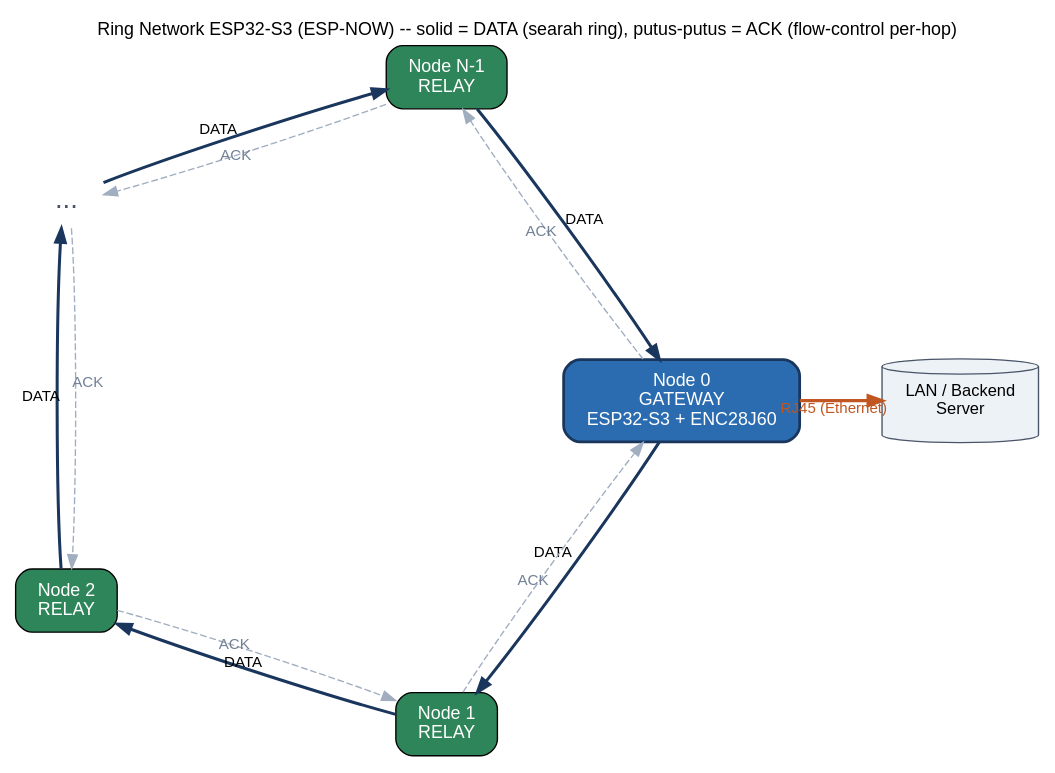
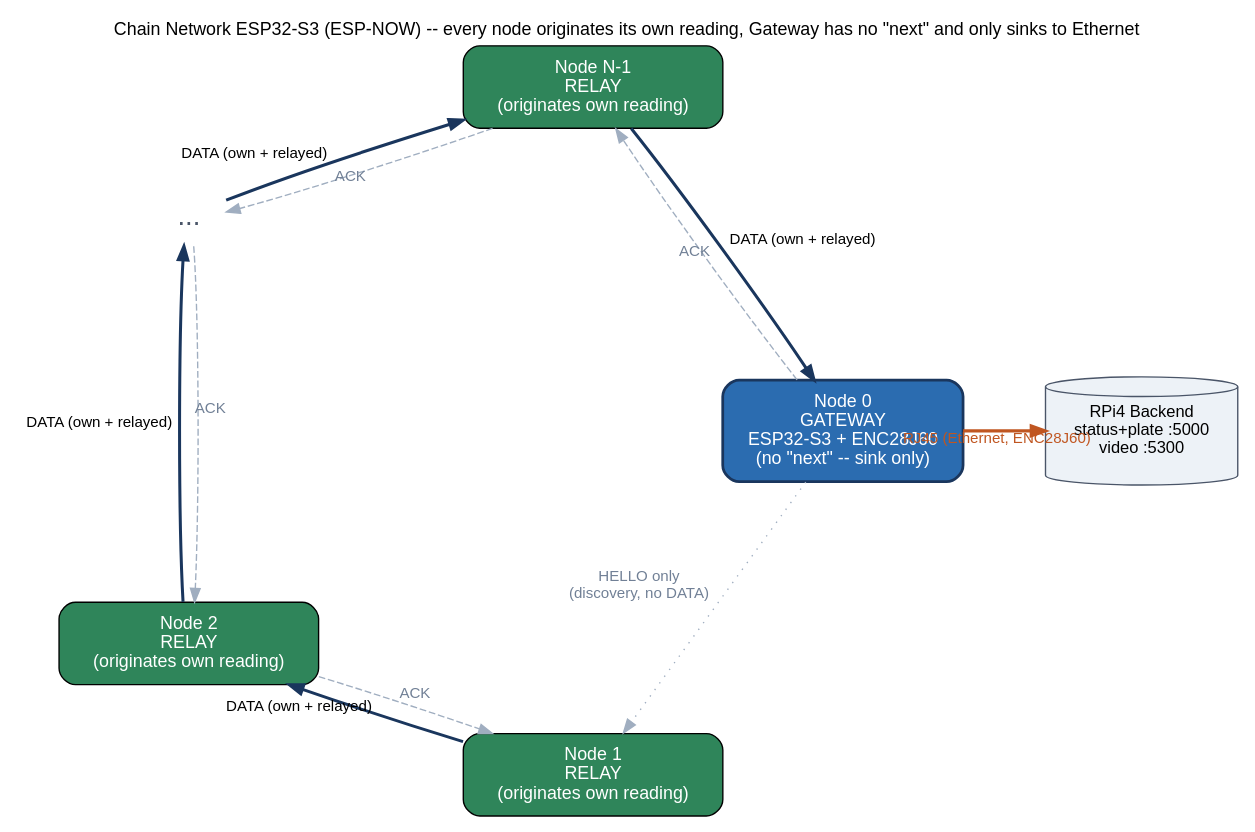
The diagram in docs/network/topology.dot (AndhikaFW/ESP32-S3-RAP), drawn with Graphviz before and after one commit. The commit also changed 25 other files, not shown here.

First line of the commit message:
Redesign as independent per-node chain, add video/status uplink to RPi4

```diff
--- a/docs/network/topology.dot
+++ b/docs/network/topology.dot
@@ -1,37 +1,37 @@
-digraph RingTopology {
+digraph ChainTopology {
     layout=circo;
     mindist=2.2;
     overlap=false;
     sep="+30,30";
     bgcolor="white";
     node [shape=box, style="rounded,filled", fontname="Helvetica", fontsize=13, margin="0.18,0.12"];
     edge [fontname="Helvetica", fontsize=11];
 
-    N0   [label="Node 0\nGATEWAY\nESP32-S3 + ENC28J60", fillcolor="#2b6cb0", fontcolor="white", penwidth=2, color="#1a365d"];
-    N1   [label="Node 1\nRELAY", fillcolor="#2f855a", fontcolor="white"];
-    N2   [label="Node 2\nRELAY", fillcolor="#2f855a", fontcolor="white"];
+    N0   [label="Node 0\nGATEWAY\nESP32-S3 + ENC28J60\n(no \"next\" -- sink only)", fillcolor="#2b6cb0", fontcolor="white", penwidth=2, color="#1a365d"];
+    N1   [label="Node 1\nRELAY\n(originates own reading)", fillcolor="#2f855a", fontcolor="white"];
+    N2   [label="Node 2\nRELAY\n(originates own reading)", fillcolor="#2f855a", fontcolor="white"];
     DOTS [label="...", shape=plaintext, fillcolor="white", fontsize=20, fontcolor="#4a5568"];
-    NN   [label="Node N-1\nRELAY", fillcolor="#2f855a", fontcolor="white"];
+    NN   [label="Node N-1\nRELAY\n(originates own reading)", fillcolor="#2f855a", fontcolor="white"];
 
     { rank=same; N0 N1 N2 DOTS NN }
 
-    N0 -> N1   [label="DATA", color="#1a365d", penwidth=2.2];
-    N1 -> N2   [label="DATA", color="#1a365d", penwidth=2.2];
-    N2 -> DOTS [label="DATA", color="#1a365d", penwidth=2.2];
-    DOTS -> NN [label="DATA", color="#1a365d", penwidth=2.2];
-    NN -> N0   [label="DATA", color="#1a365d", penwidth=2.2];
+    N1 -> N2   [label="DATA (own + relayed)", color="#1a365d", penwidth=2.2];
+    N2 -> DOTS [label="DATA (own + relayed)", color="#1a365d", penwidth=2.2];
+    DOTS -> NN [label="DATA (own + relayed)", color="#1a365d", penwidth=2.2];
+    NN -> N0   [label="DATA (own + relayed)", color="#1a365d", penwidth=2.2];
 
-    N1 -> N0   [label="ACK", color="#a0aec0", fontcolor="#718096", style=dashed, constraint=false];
     N2 -> N1   [label="ACK", color="#a0aec0", fontcolor="#718096", style=dashed, constraint=false];
     DOTS -> N2 [label="ACK", color="#a0aec0", fontcolor="#718096", style=dashed, constraint=false];
     NN -> DOTS [label="ACK", color="#a0aec0", fontcolor="#718096", style=dashed, constraint=false];
     N0 -> NN   [label="ACK", color="#a0aec0", fontcolor="#718096", style=dashed, constraint=false];
 
-    ETH [label="LAN / Backend\nServer", shape=cylinder, style=filled, fillcolor="#edf2f7", color="#4a5568", fontsize=12];
-    N0 -> ETH [label="RJ45 (Ethernet)", color="#c05621", fontcolor="#c05621", penwidth=2.4, style=bold];
+    N0 -> N1 [label="HELLO only\n(discovery, no DATA)", color="#a0aec0", fontcolor="#718096", style=dotted, constraint=false];
+
+    ETH [label="RPi4 Backend\nstatus+plate :5000\nvideo :5300", shape=cylinder, style=filled, fillcolor="#edf2f7", color="#4a5568", fontsize=12];
+    N0 -> ETH [label="RJ45 (Ethernet, ENC28J60)", color="#c05621", fontcolor="#c05621", penwidth=2.4, style=bold];
 
     labelloc="t";
-    label="Ring Network ESP32-S3 (ESP-NOW) -- solid = DATA (searah ring), putus-putus = ACK (flow-control per-hop)";
+    label="Chain Network ESP32-S3 (ESP-NOW) -- every node originates its own reading, Gateway has no \"next\" and only sinks to Ethernet";
     fontsize=13;
     fontname="Helvetica";
 }
```
